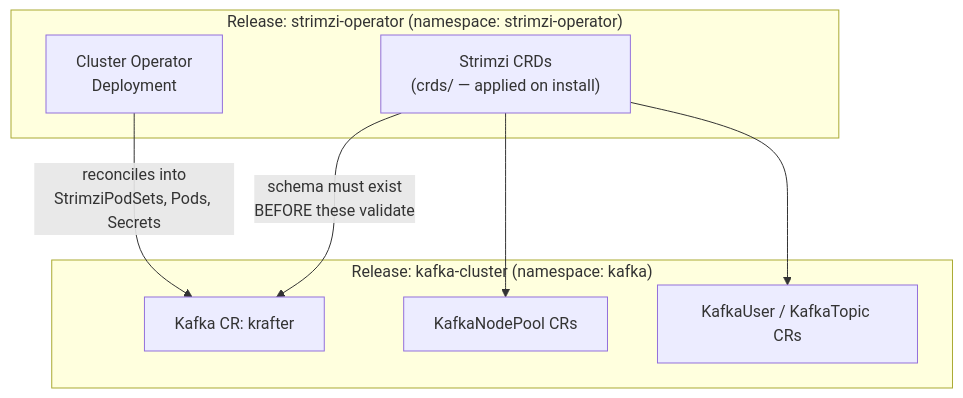
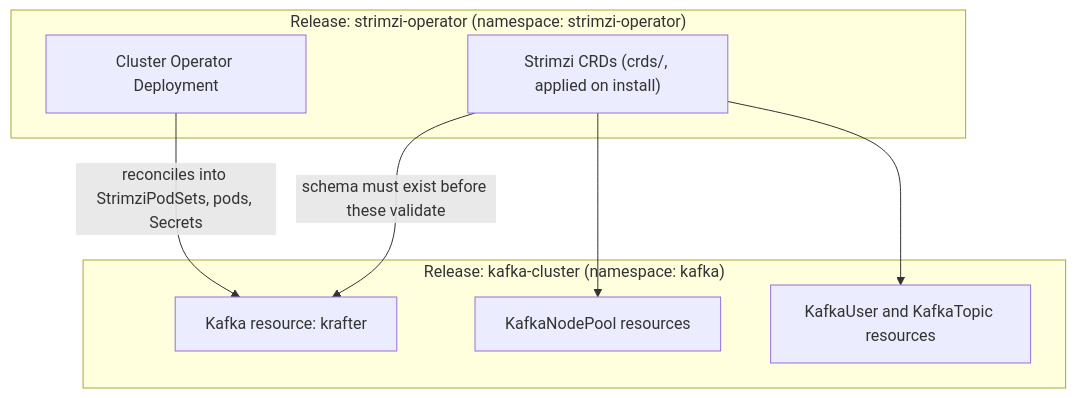
Before and after one commit to bmscomp/kates: the first of 2 diagrams in docs/book/deploying-strimzi-operator.md, drawn with Mermaid. The commit also changed other lines of this file and 52 other files, not shown here.

````diff
--- a/docs/book/deploying-strimzi-operator.md
+++ b/docs/book/deploying-strimzi-operator.md
@@ -32,21 +44,21 @@
 ```mermaid
 %%| label: fig-op-two-releases
 %%| fig-cap: "The operator and the Kafka cluster are two releases, because the CRDs must exist before any Kafka resource can validate."
 %%| fig-alt: "Two releases. strimzi-operator, in the strimzi-operator namespace, holds the Strimzi CRDs, applied from crds/ on install, and the Cluster Operator Deployment. kafka-cluster, in the kafka namespace, holds the Kafka resource krafter, the KafkaNodePool resources and the KafkaUser and KafkaTopic resources. Arrows show that the CRDs' schema must exist before those resources validate, and that the operator reconciles the Kafka resource into StrimziPodSets, pods and Secrets."
 graph TB
     subgraph Release1["Release: strimzi-operator (namespace: strimzi-operator)"]
-        CRD["Strimzi CRDs<br/>(crds/ — applied on install)"]
-        OP["Cluster Operator<br/>Deployment"]
+        CRD["Strimzi CRDs (crds/, applied on install)"]
+        OP["Cluster Operator Deployment"]
     end
 
     subgraph Release2["Release: kafka-cluster (namespace: kafka)"]
-        K["Kafka CR: krafter"]
-        NP["KafkaNodePool CRs"]
-        KU["KafkaUser / KafkaTopic CRs"]
+        K["Kafka resource: krafter"]
+        NP["KafkaNodePool resources"]
+        KU["KafkaUser and KafkaTopic resources"]
     end
 
-    CRD -->|"schema must exist<br/>BEFORE these validate"| K
+    CRD -->|"schema must exist before these validate"| K
     CRD --> NP
     CRD --> KU
-    OP -->|"reconciles into<br/>StrimziPodSets, Pods, Secrets"| K
+    OP -->|"reconciles into StrimziPodSets, pods, Secrets"| K
 ```
````
